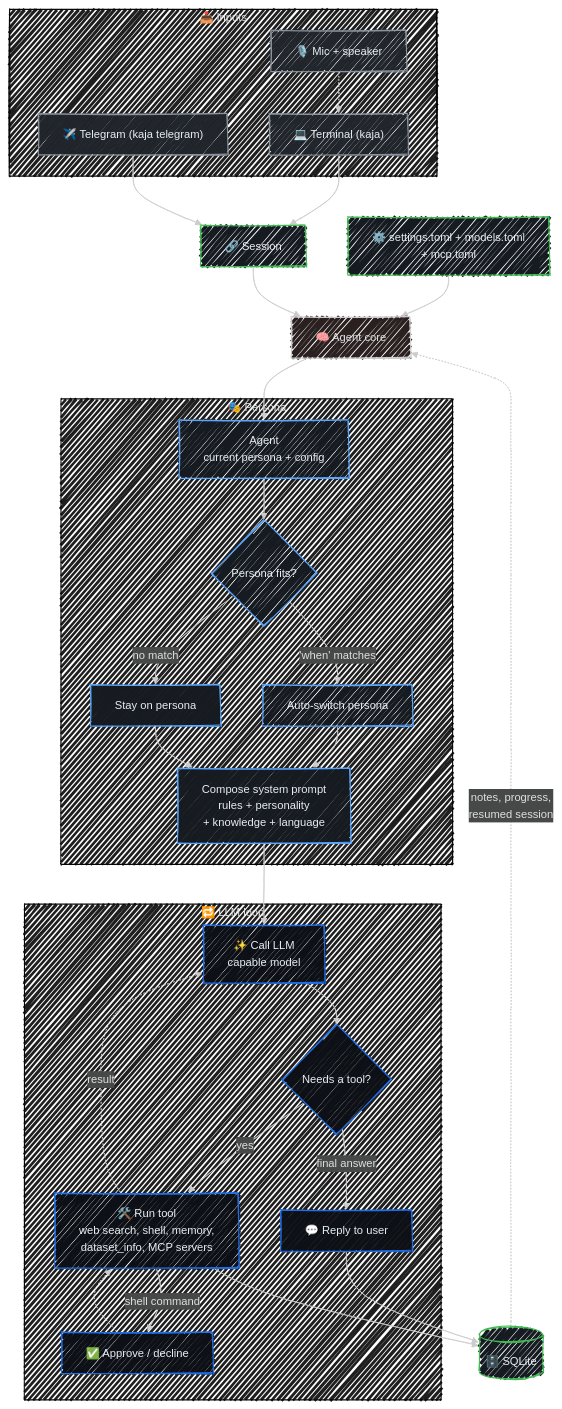
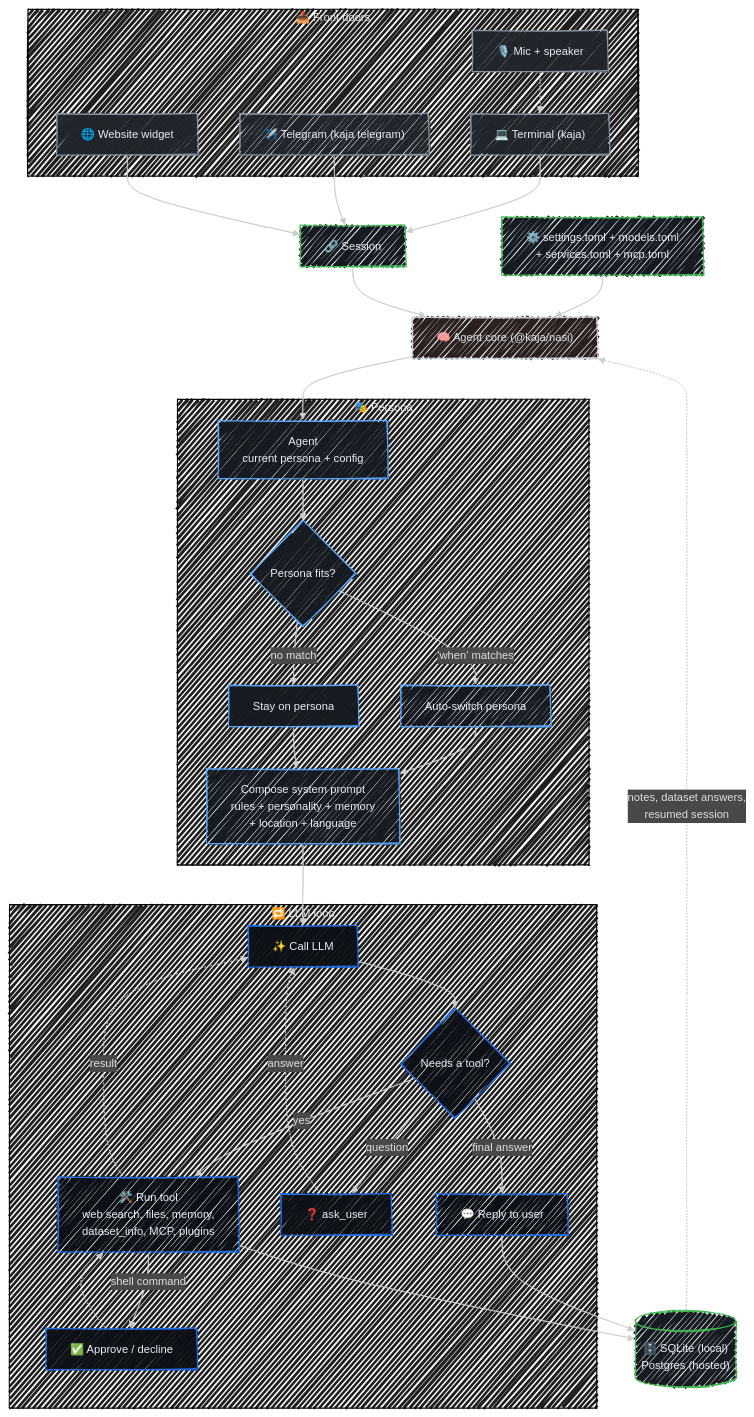
The diagram in docs/flow.md (SubZtep/kaja), drawn with Mermaid before and after one commit. The commit also changed other lines of this file and 271 other files, not shown here.

````diff
--- a/docs/flow.md
+++ b/docs/flow.md
@@ -12,54 +12,58 @@
 ```mermaid
 ---
 config:
   look: handDrawn
   theme: neo-dark
 ---
 flowchart TD
-    subgraph Inputs["📥 Inputs"]
+    subgraph Inputs["📥 Front doors"]
         Term["💻 Terminal (kaja)"]
         Tele["✈️ Telegram (kaja telegram)"]
+        Widg["🌐 Website widget"]
         Voice["🎙️ Mic + speaker"]
     end
     Voice -.-> Term
     Term --> Session
     Tele --> Session
-    Config["⚙️ settings.toml + models.toml\n+ mcp.toml"] --> Core
+    Widg --> Session
+    Config["⚙️ settings.toml + models.toml\n+ services.toml + mcp.toml"] --> Core
 
     Session["🔗 Session"] --> Core
-    Core["🧠 Agent core"] --> Agent
+    Core["🧠 Agent core (@kaja/nasi)"] --> Agent
 
     subgraph Persona["🎭 Persona"]
         Agent["Agent\ncurrent persona + config"] --> Route{"Persona fits?"}
         Route -->|"'when' matches"| Switch["Auto-switch persona"]
         Route -->|"no match"| Stay["Stay on persona"]
         Switch --> Prompt
         Stay --> Prompt
-        Prompt["Compose system prompt\nrules + personality\n+ knowledge + language"]
+        Prompt["Compose system prompt\nrules + personality + memory\n+ location + language"]
     end
 
     Prompt --> CallLLM
 
     subgraph LLMLoop["🔁 LLM loop"]
-        CallLLM["✨ Call LLM\ncapable model"] --> Decide{"Needs a tool?"}
-        Decide -->|yes| RunTool["🛠️ Run tool\nweb search, shell, memory,\ndataset_info, MCP servers"]
+        CallLLM["✨ Call LLM"] --> Decide{"Needs a tool?"}
+        Decide -->|yes| RunTool["🛠️ Run tool\nweb search, files, memory,\ndataset_info, MCP, plugins"]
         RunTool -->|"shell command"| Confirm["✅ Approve / decline"]
         Confirm -.-> RunTool
         RunTool -.->|"result"| CallLLM
+        Decide -->|"question"| Ask["❓ ask_user"]
+        Ask -.->|"answer"| CallLLM
         Decide -->|"final answer"| Reply["💬 Reply to user"]
     end
 
     Reply --> DB
     RunTool --> DB
-    DB[("🗄️ SQLite")]
-    DB -.->|"notes, progress,\nresumed session"| Core
+    DB[("🗄️ SQLite (local)\nPostgres (hosted)")]
+    DB -.->|"notes, dataset answers,\nresumed session"| Core
 
     classDef inputs fill:#21262d,stroke:#8b949e,color:#e6edf3
     classDef persona fill:#161b22,stroke:#58a6ff,color:#e6edf3
     classDef loop fill:#0d1117,stroke:#1f6feb,color:#e6edf3
     classDef store fill:#161b22,stroke:#3fb950,color:#e6edf3
-    class Term,Tele,Voice inputs
+    class Term,Tele,Widg,Voice inputs
     class Agent,Route,Switch,Stay,Prompt persona
-    class CallLLM,Decide,RunTool,Confirm,Reply loop
+    class CallLLM,Decide,RunTool,Confirm,Ask,Reply loop
     class DB,Config,Session store
 ```
````
